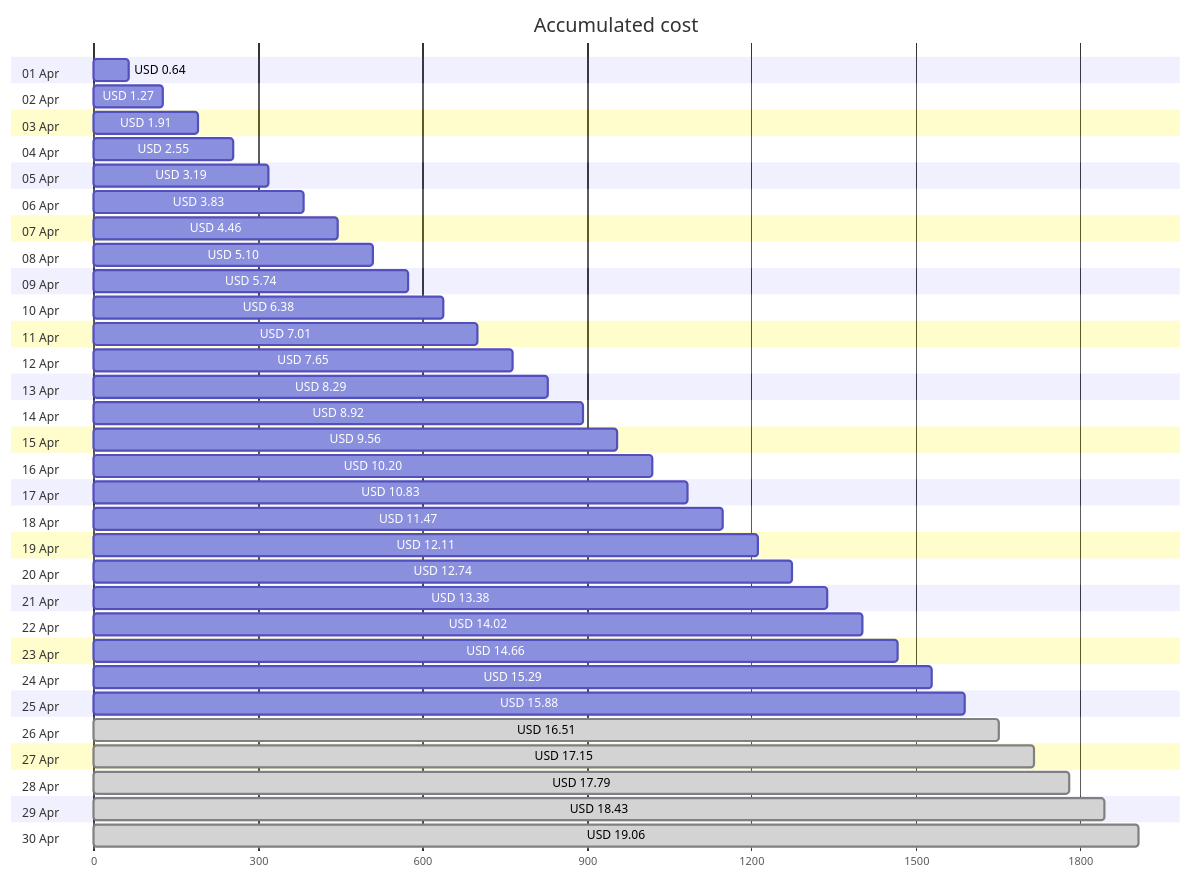
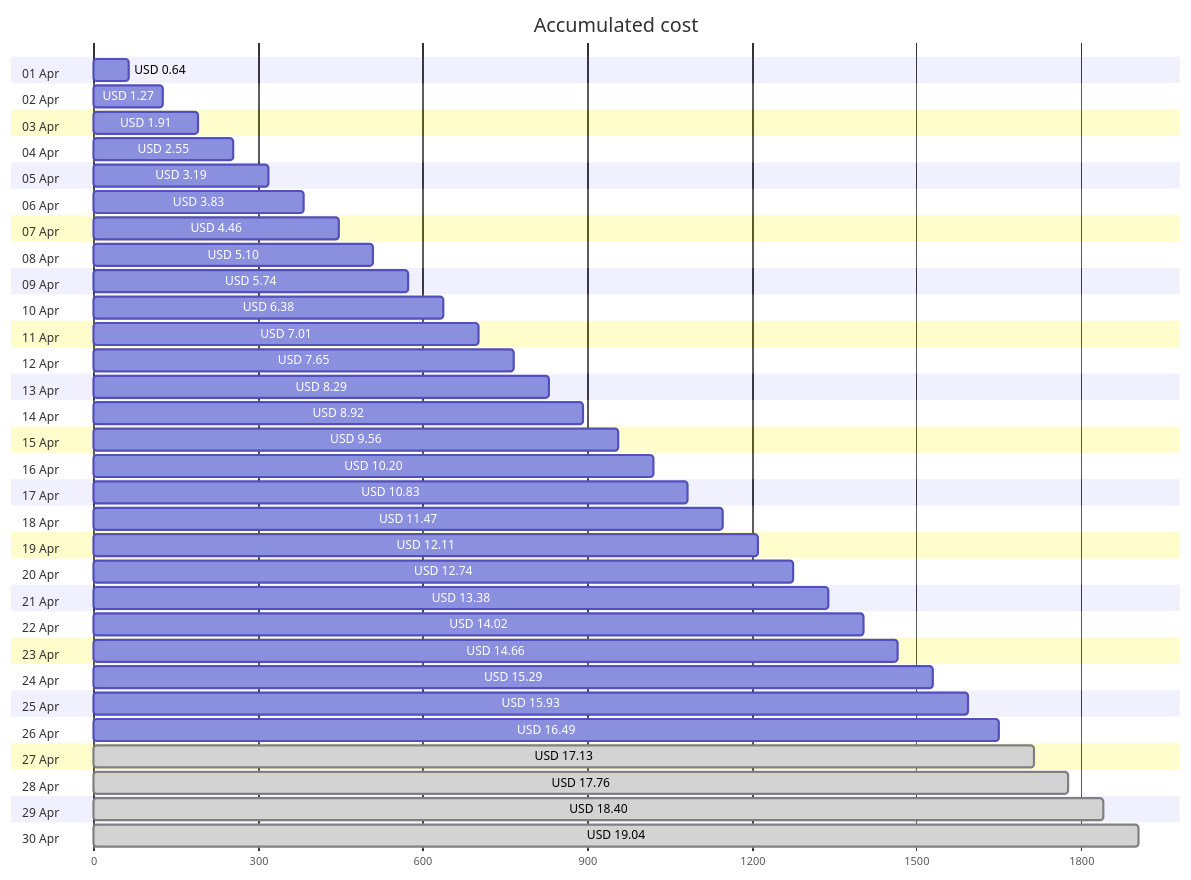
One commit to jpfulton/azure-personal-reports changed the first of 4 diagrams in cost-reports/accumulated-cost.md. Above: the diagram before and after it, drawn with Mermaid. The commit also changed other lines of this file and 4 other files, not shown here.

````diff
--- a/cost-reports/accumulated-cost.md
+++ b/cost-reports/accumulated-cost.md
@@ -20,66 +20,66 @@
 ```mermaid
 gantt
    title Accumulated cost
    dateFormat  X
    axisFormat %s
    section 01 Apr
    USD 0.64 :0, 64
    section 02 Apr
    USD 1.27 :0, 127
    section 03 Apr
    USD 1.91 :0, 191
    section 04 Apr
    USD 2.55 :0, 255
    section 05 Apr
    USD 3.19 :0, 319
    section 06 Apr
    USD 3.83 :0, 383
    section 07 Apr
    USD 4.46 :0, 446
    section 08 Apr
    USD 5.10 :0, 510
    section 09 Apr
    USD 5.74 :0, 574
    section 10 Apr
    USD 6.38 :0, 638
    section 11 Apr
    USD 7.01 :0, 701
    section 12 Apr
    USD 7.65 :0, 765
    section 13 Apr
    USD 8.29 :0, 829
    section 14 Apr
    USD 8.92 :0, 892
    section 15 Apr
    USD 9.56 :0, 956
    section 16 Apr
    USD 10.20 :0, 1020
    section 17 Apr
    USD 10.83 :0, 1083
    section 18 Apr
    USD 11.47 :0, 1147
    section 19 Apr
    USD 12.11 :0, 1211
    section 20 Apr
    USD 12.74 :0, 1274
    section 21 Apr
    USD 13.38 :0, 1338
    section 22 Apr
    USD 14.02 :0, 1402
    section 23 Apr
    USD 14.66 :0, 1466
    section 24 Apr
    USD 15.29 :0, 1529
    section 25 Apr
-   USD 15.88 :0, 1588
+   USD 15.93 :0, 1593
    section 26 Apr
-   USD 16.51 : done, 0, 1651
+   USD 16.49 :0, 1649
    section 27 Apr
-   USD 17.15 : done, 0, 1715
+   USD 17.13 : done, 0, 1713
    section 28 Apr
-   USD 17.79 : done, 0, 1779
+   USD 17.76 : done, 0, 1776
    section 29 Apr
-   USD 18.43 : done, 0, 1843
+   USD 18.40 : done, 0, 1840
    section 30 Apr
-   USD 19.06 : done, 0, 1906
+   USD 19.04 : done, 0, 1904
 ```
````
